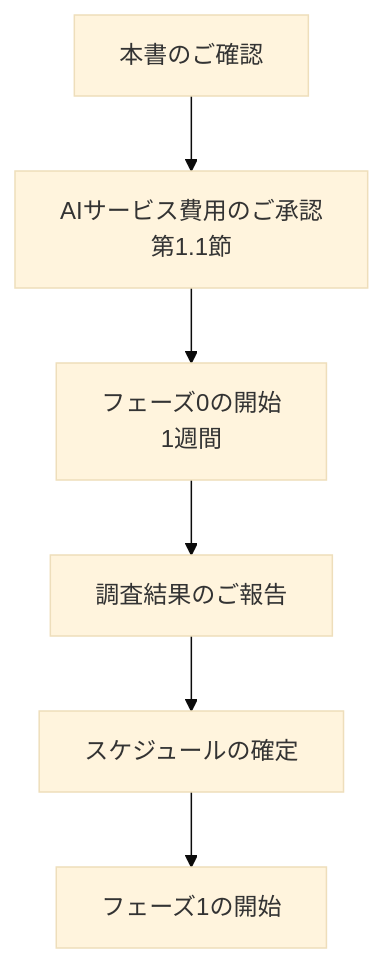
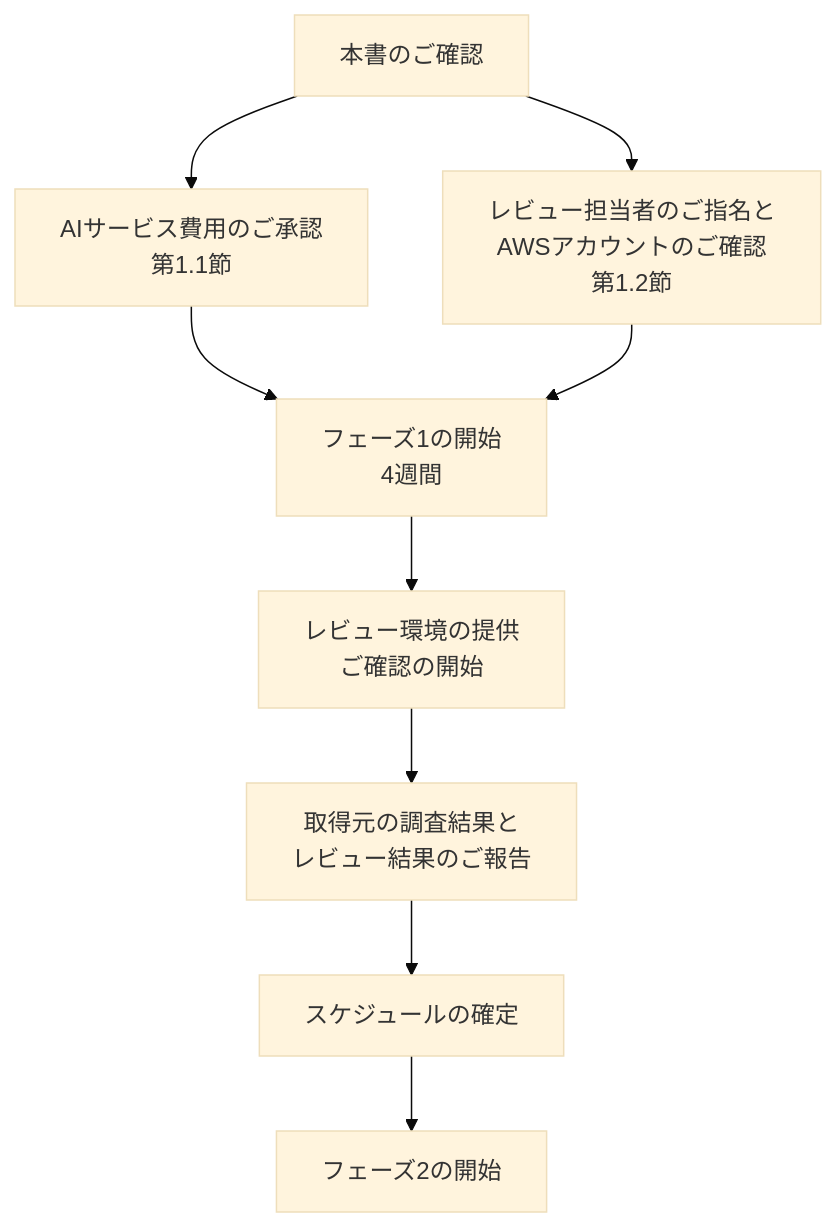
Before and after one commit to KashouMMT/llm-system: the seventh of 7 diagrams in documentation/markdown/ja/プロジェクトスケジュール.md, drawn with Mermaid (base theme). The commit also changed other lines of this file and 36 other files, not shown here.

````diff
--- a/documentation/markdown/ja/プロジェクトスケジュール.md
+++ b/documentation/markdown/ja/プロジェクトスケジュール.md
@@ -480,8 +514,11 @@
 ```mermaid
 flowchart TD
     A["本書のご確認"] --> B["AIサービス費用のご承認<br/>第1.1節"]
-    B --> C["フェーズ0の開始<br/>1週間"]
-    C --> D["調査結果のご報告"]
-    D --> E["スケジュールの確定"]
-    E --> F["フェーズ1の開始"]
+    B --> C["フェーズ1の開始<br/>4週間"]
+    A --> R["レビュー担当者のご指名と<br/>AWSアカウントのご確認<br/>第1.2節"]
+    R --> C
+    C --> D["レビュー環境の提供<br/>ご確認の開始"]
+    D --> E["取得元の調査結果と<br/>レビュー結果のご報告"]
+    E --> F["スケジュールの確定"]
+    F --> G["フェーズ2の開始"]
 ```
````
